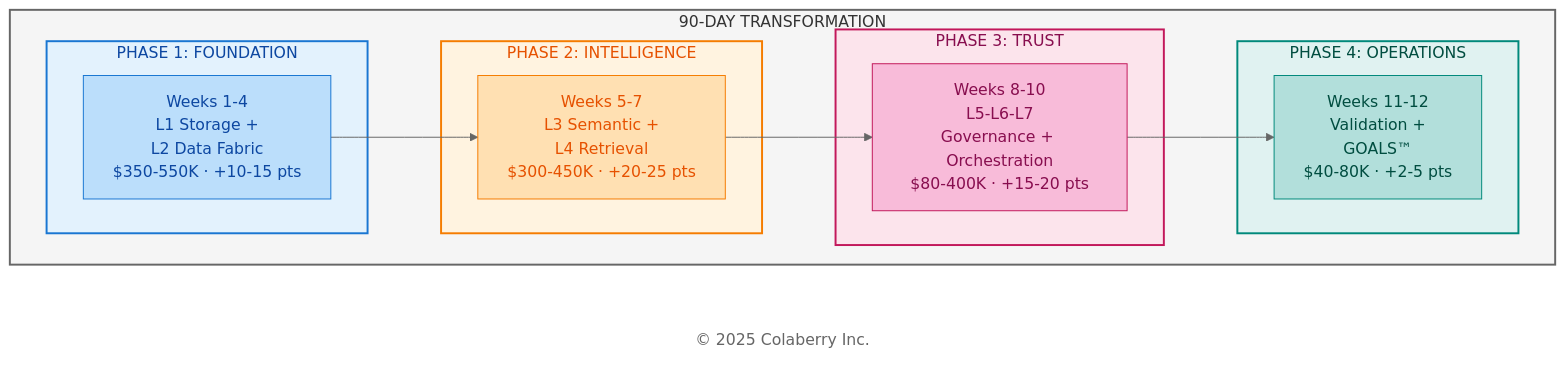
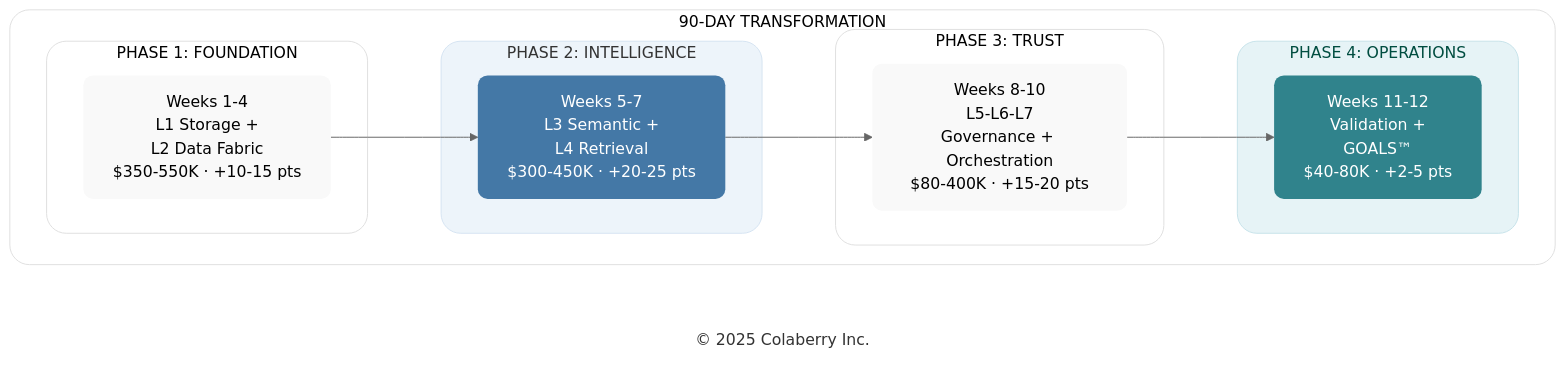
Before and after one commit to saitejesh-cyber/trust-before-intelligence-book: the second of 7 diagrams in manuscript/11_chapter_10_week_by_week_implementation.md, drawn with Mermaid (neutral theme). The commit also changed other lines of this file and 7 other files, not shown here.

Commit message:
Chapter 6to13: Updated mermaid diagrams based on new colaberry color code

````diff
--- a/manuscript/11_chapter_10_week_by_week_implementation.md
+++ b/manuscript/11_chapter_10_week_by_week_implementation.md
@@ -145,38 +145,38 @@
 ```mermaid
 
 graph LR
     subgraph JOURNEY["90-DAY TRANSFORMATION"]
         direction LR
         subgraph PHASE1["PHASE 1: FOUNDATION"]
             P1["Weeks 1-4<br/>L1 Storage +<br/> L2 Data Fabric<br/>$350-550K · +10-15 pts"]
         end
         
         subgraph PHASE2["PHASE 2: INTELLIGENCE"]
             P2["Weeks 5-7<br/>L3 Semantic +<br/> L4 Retrieval<br/>$300-450K · +20-25 pts"]
         end
         
         subgraph PHASE3["PHASE 3: TRUST"]
             P3["Weeks 8-10<br/>L5-L6-L7<br/>Governance + Orchestration<br/>$80-400K · +15-20 pts"]
         end
         
         subgraph PHASE4["PHASE 4: OPERATIONS"]
             P4["Weeks 11-12<br/>Validation +<br/> GOALS™<br/>$40-80K · +2-5 pts"]
         end
     end
     
     Copyright["© 2025 Colaberry Inc."]
     
     P1 --> P2 --> P3 --> P4
     
-    style JOURNEY fill:#f5f5f5,stroke:#666666,stroke-width:2px,color:#333333
-    style PHASE1 fill:#e3f2fd,stroke:#1976d2,stroke-width:2px,color:#0d47a1
-    style PHASE2 fill:#fff3e0,stroke:#f57c00,stroke-width:2px,color:#e65100
-    style PHASE3 fill:#fce4ec,stroke:#c2185b,stroke-width:2px,color:#880e4f
-    style PHASE4 fill:#e0f2f1,stroke:#00897b,stroke-width:2px,color:#004d40
-    style P1 fill:#bbdefb,stroke:#1976d2,color:#0d47a1
-    style P2 fill:#ffe0b2,stroke:#f57c00,color:#e65100
-    style P3 fill:#f8bbd9,stroke:#c2185b,color:#880e4f
-    style P4 fill:#b2dfdb,stroke:#00897b,color:#004d40
-    style Copyright fill:#ffffff,stroke:none,color:#666666
+    style JOURNEY fill:#ffffff,stroke:#e0e0e0,stroke-width:1px,color:#000000,rx:20,ry:20
+    style PHASE1 fill:#ffffff,stroke:#e0e0e0,stroke-width:1px,color:#000000,rx:20,ry:20
+    style PHASE2 fill:#edf4fa,stroke:#d6e4f2,stroke-width:1px,color:#333333,rx:20,ry:20
+    style PHASE3 fill:#ffffff,stroke:#e0e0e0,stroke-width:1px,color:#000000,rx:20,ry:20
+    style PHASE4 fill:#e6f3f6,stroke:#c7e3ea,stroke-width:1px,color:#004d40,rx:20,ry:20
+    style P1 fill:#f9f9f9,stroke:none,color:#000000,rx:10,ry:10
+    style P2 fill:#4478A6,stroke:none,color:#ffffff,rx:10,ry:10
+    style P3 fill:#f9f9f9,stroke:none,color:#000000,rx:10,ry:10
+    style P4 fill:#30838C,stroke:none,color:#ffffff,rx:10,ry:10
+    style Copyright fill:none,stroke:none,color:#333333
 
 ```
````
